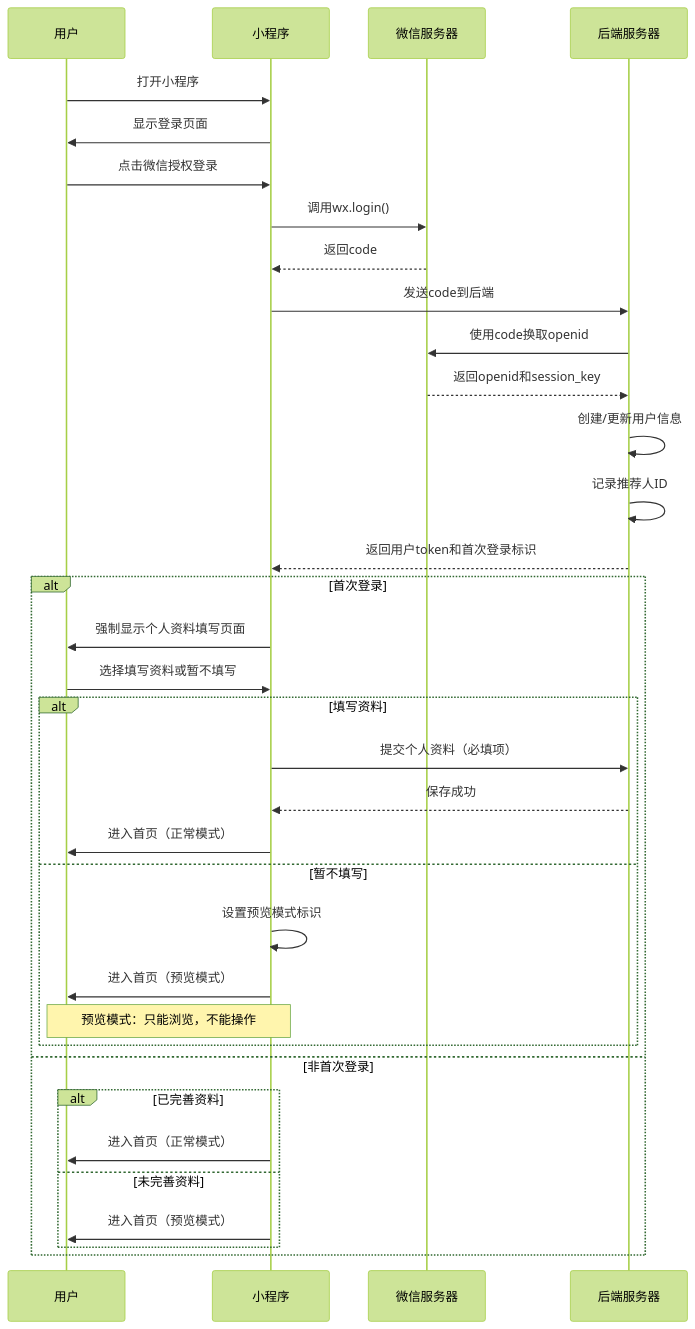
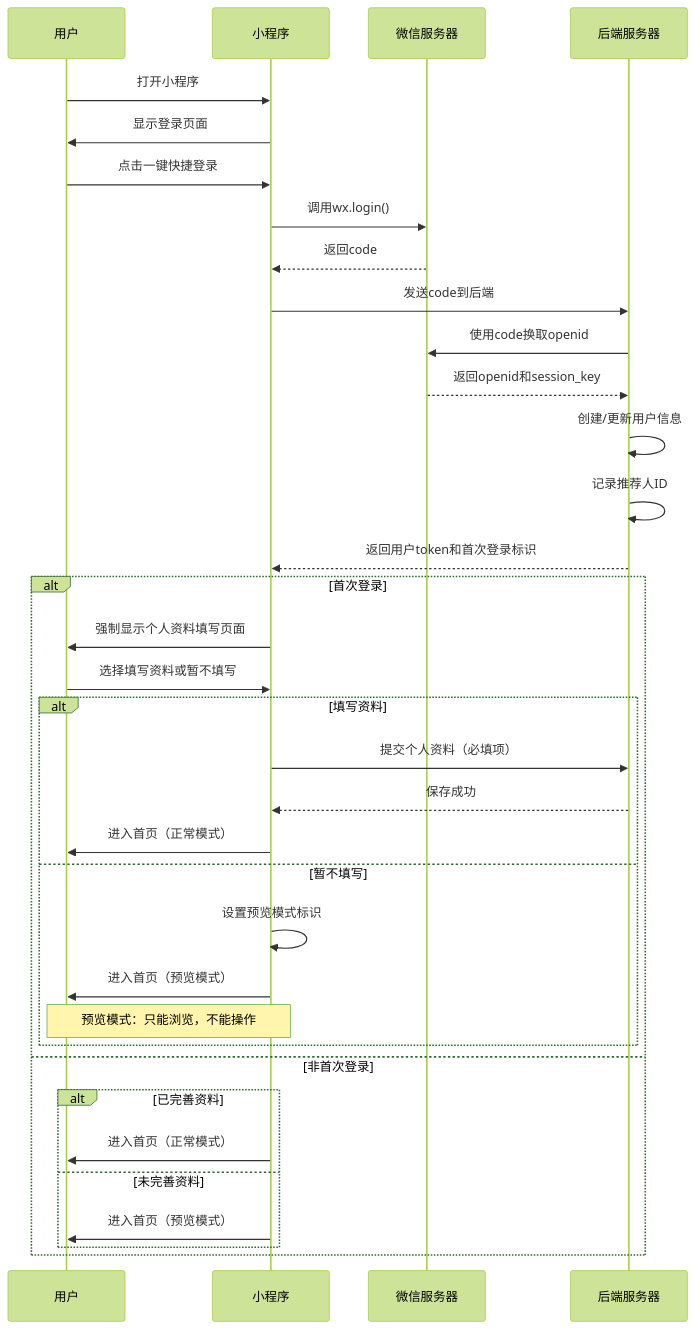
One commit to richenHe/tiandaowenhua_xcx changed the third of 21 diagrams in 需求文档-V2.md. Above: the diagram before and after it, drawn with Mermaid (forest theme). The commit also changed other lines of this file and 63 other files, not shown here.

````diff
--- a/需求文档-V2.md
+++ b/需求文档-V2.md
@@ -386,39 +386,39 @@
 ```mermaid
 sequenceDiagram
     participant U as 用户
     participant MP as 小程序
     participant WX as 微信服务器
     participant BE as 后端服务器
     
     U->>MP: 打开小程序
     MP->>U: 显示登录页面
-    U->>MP: 点击微信授权登录
+    U->>MP: 点击一键快捷登录
     MP->>WX: 调用wx.login()
     WX-->>MP: 返回code
     MP->>BE: 发送code到后端
     BE->>WX: 使用code换取openid
     WX-->>BE: 返回openid和session_key
     BE->>BE: 创建/更新用户信息
     BE->>BE: 记录推荐人ID
     BE-->>MP: 返回用户token和首次登录标识
     
     alt 首次登录
         MP->>U: 强制显示个人资料填写页面
         U->>MP: 选择填写资料或暂不填写
         alt 填写资料
             MP->>BE: 提交个人资料（必填项）
             BE-->>MP: 保存成功
             MP->>U: 进入首页（正常模式）
         else 暂不填写
             MP->>MP: 设置预览模式标识
             MP->>U: 进入首页（预览模式）
             Note over U,MP: 预览模式：只能浏览，不能操作
         end
     else 非首次登录
         alt 已完善资料
             MP->>U: 进入首页（正常模式）
         else 未完善资料
             MP->>U: 进入首页（预览模式）
         end
     end
 ```
````
